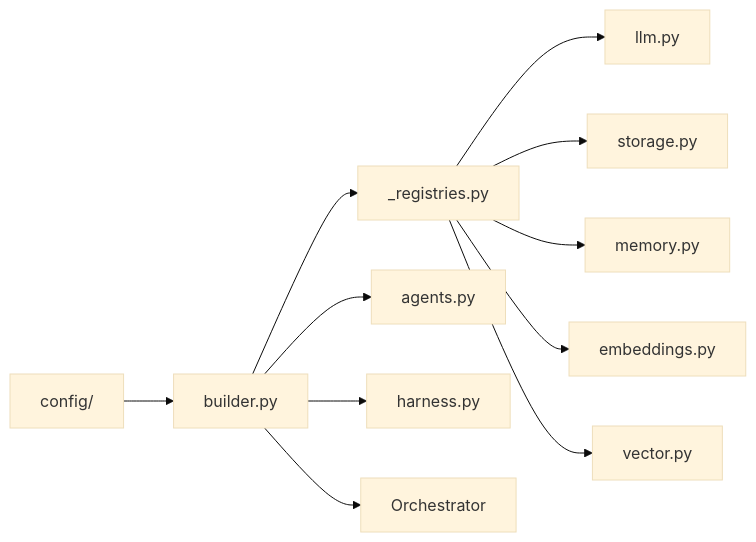
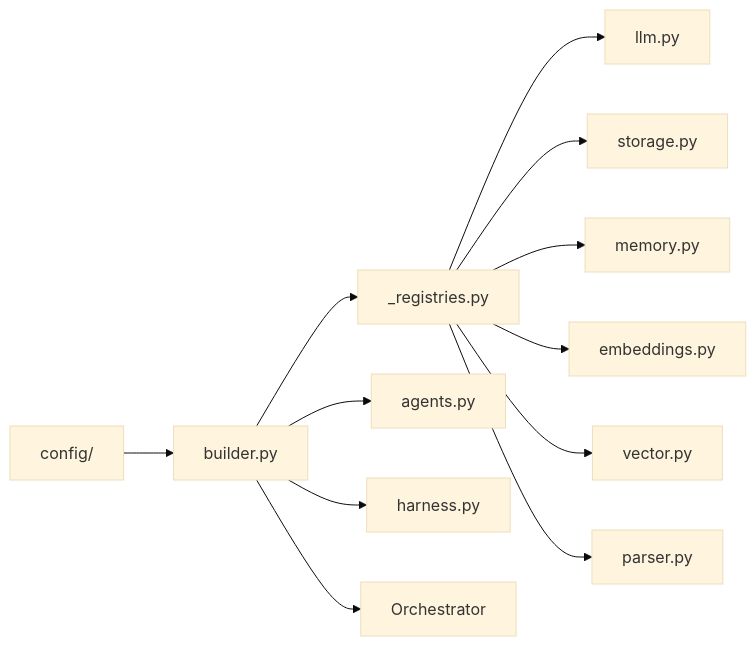
Before and after one commit to Mango-Metrics-NLM/MangoMas_V2: the diagram in src/mangomas/composition/CLAUDE.md, drawn with Mermaid (base theme). The commit also changed other lines of this file and 22 other files, not shown here.

````diff
--- a/src/mangomas/composition/CLAUDE.md
+++ b/src/mangomas/composition/CLAUDE.md
@@ -15,13 +15,14 @@
 ```mermaid
 flowchart LR
   cfg["config/"] --> builder["builder.py"]
   builder --> reg["_registries.py"]
   reg --> llm["llm.py"]
   reg --> storage["storage.py"]
   reg --> memory["memory.py"]
   reg --> embeddings["embeddings.py"]
   reg --> vector["vector.py"]
+  reg --> parser["parser.py"]
   builder --> agents["agents.py"]
   builder --> harness["harness.py"]
   builder --> orch["Orchestrator"]
 ```
````
